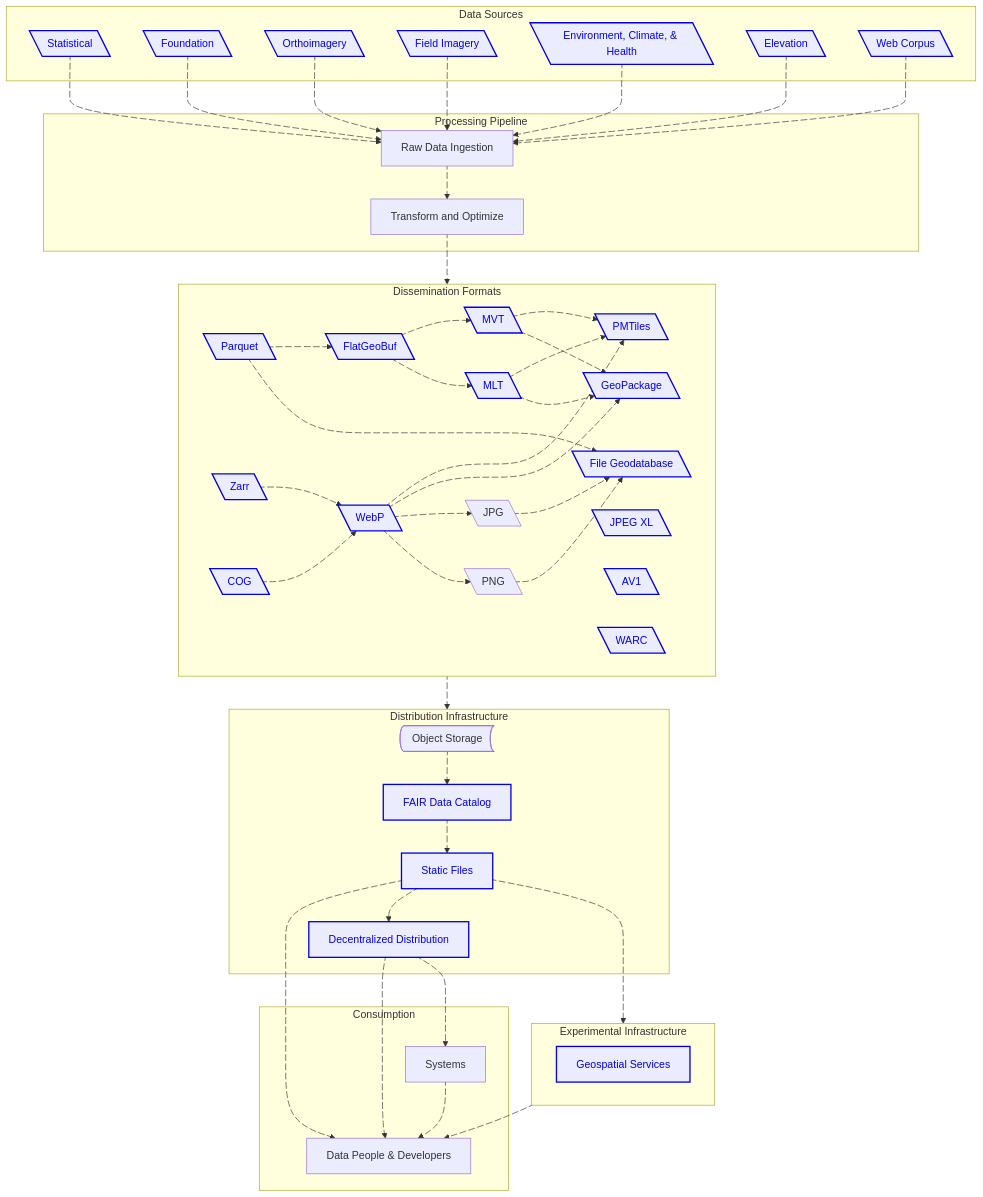
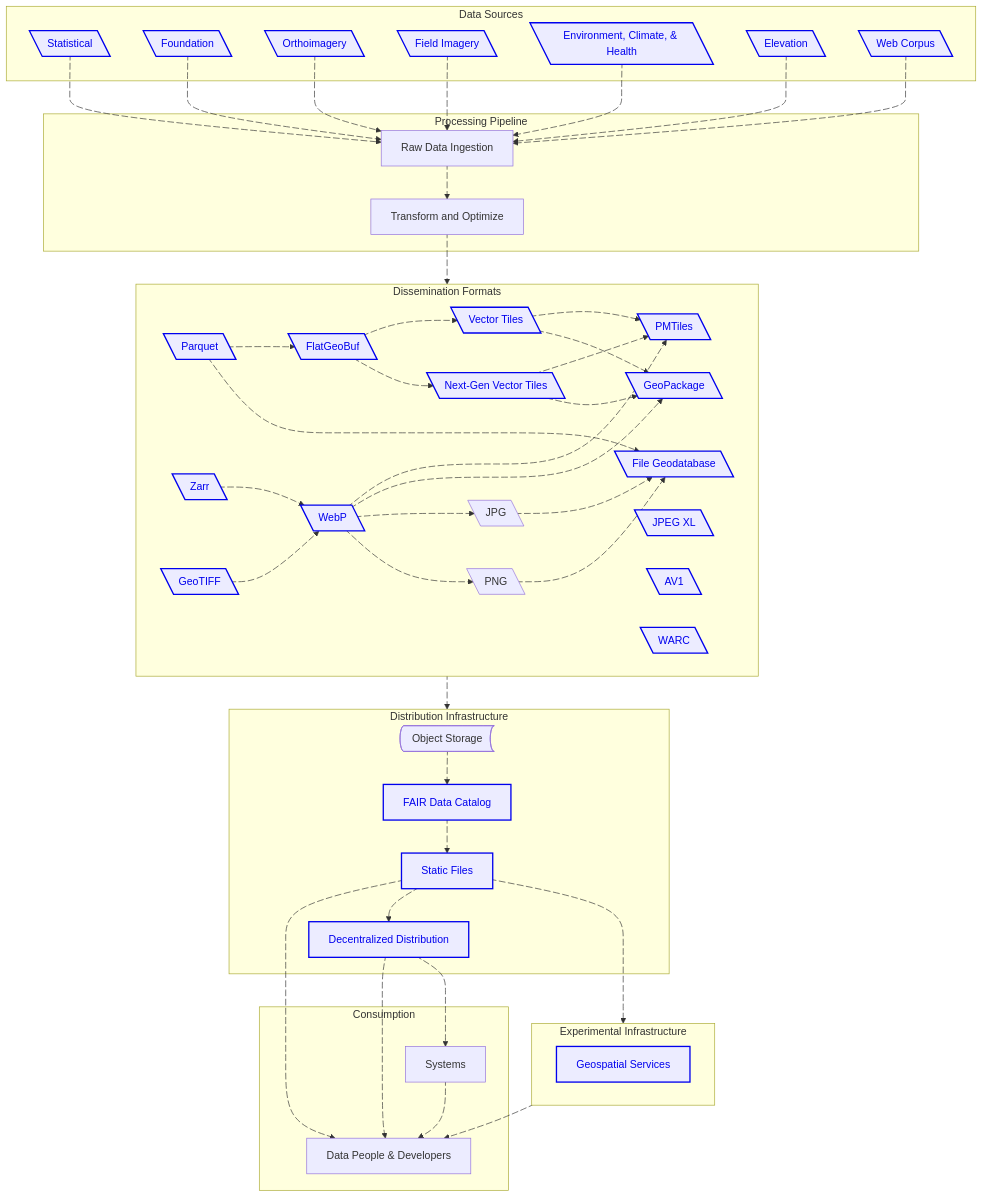
Before and after one commit to dataforcanada/www.dataforcanada.org: the diagram in content/_index.md, drawn with Mermaid.

Commit message:
Reorder sections on homepage. Simplify high-level overview file format names, while keeping links to specifications

````diff
--- a/content/_index.md
+++ b/content/_index.md
@@ -81,12 +81,12 @@
     subgraph df [Dissemination Formats]
         Parquet@{ shape: lean-l}
         FlatGeoBuf@{ shape: lean-l}
-        MVT@{ shape: lean-l}
-        MLT@{ shape: lean-l}
+        VectorTiles@{ shape: lean-l, label: "Vector Tiles"}
+        NextGenVectorTiles@{ shape: lean-l, label: "Next-Gen Vector Tiles"}
         PMTiles@{ shape: lean-l}
         GeoPackage@{ shape: lean-l}
         FileGeodatabase@{shape: lean-l, label: "File Geodatabase"}
-        COG@{ shape: lean-l}
+        GeoTIFF@{ shape: lean-l}
         Zarr@{ shape: lean-l}
         WebP@{ shape: lean-l}
         JPG@{ shape: lean-l}
@@ -141,23 +141,23 @@
     a10@{animate: true, animation: fast}
     Parquet a100@--> FileGeodatabase
     a100@{animate: true, animation: slow}
-    FlatGeoBuf a11@--> MVT
+    FlatGeoBuf a11@--> VectorTiles
     a11@{animate: true, animation: fast}
-    FlatGeoBuf a91@--> MLT
+    FlatGeoBuf a91@--> NextGenVectorTiles
     a91@{animate: true, animation: fast}
-    MVT a90@ --> PMTiles
+    VectorTiles a90@ --> PMTiles
     a90@{animate: true, animation: fast}
-    MVT a96@ --> GeoPackage
+    VectorTiles a96@ --> GeoPackage
     a96@{animate: true, animation: slow}
-    MLT a92@ --> PMTiles
+    NextGenVectorTiles a92@ --> PMTiles
     a92@{animate: true, animation: slow}
-    MLT a95@ --> GeoPackage
+    NextGenVectorTiles a95@ --> GeoPackage
     a95@{animate: true, animation: slow}
     Zarr a12@ --> WebP
     a12@{animate: true, animation: slow}
     df a13@ --> di
     a13@{animate: true, animation: slow}
-    COG a14@--> WebP
+    GeoTIFF a14@--> WebP
     a14@{animate: true, animation: slow}
     WebP a93@--> PMTiles 
     a93@{animate: true, animation: slow}
@@ -203,9 +203,9 @@
     click FlatGeoBuf "https://flatgeobuf.org/" _blank
     click GeoPackage "https://www.geopackage.org/" _blank
     click FileGeodatabase "https://gdal.org/en/stable/drivers/vector/openfilegdb.html" _blank
-    click MVT "https://github.com/mapbox/vector-tile-spec/" _blank
-    click MLT "https://github.com/maplibre/maplibre-tile-spec/" _blank
-    click COG "https://cogeo.org/" _blank
+    click VectorTiles "https://github.com/mapbox/vector-tile-spec/" _blank
+    click NextGenVectorTiles "https://github.com/maplibre/maplibre-tile-spec/" _blank
+    click GeoTIFF "https://cogeo.org/" _blank
     click Zarr "https://github.com/zarr-developers/geozarr-spec/" _blank
     click WebP "https://developers.google.com/speed/webp/" _blank
     click PMTiles "https://github.com/protomaps/PMTiles/blob/main/spec/v3/spec.md" _blank
@@ -225,6 +225,6 @@
 
     %% APPLY STYLES TO LINKED NODES
     class Foundation,Statistical,Orthoimagery,FieldImagery,EnvironmentClimate,Elevation,WebCorpus linkNode
-    class Parquet,FlatGeoBuf,GeoPackage,FileGeodatabase,MVT,MLT,COG,Zarr,WebP,PMTiles,JPEGXL,AV1,WARC linkNode
+    class Parquet,FlatGeoBuf,GeoPackage,FileGeodatabase,VectorTiles,NextGenVectorTiles,GeoTIFF,Zarr,WebP,PMTiles,JPEGXL,AV1,WARC linkNode
     class DecentralizedDistribution,HTTP,Metadata,GeoSpatialServices linkNode
 ```
````
